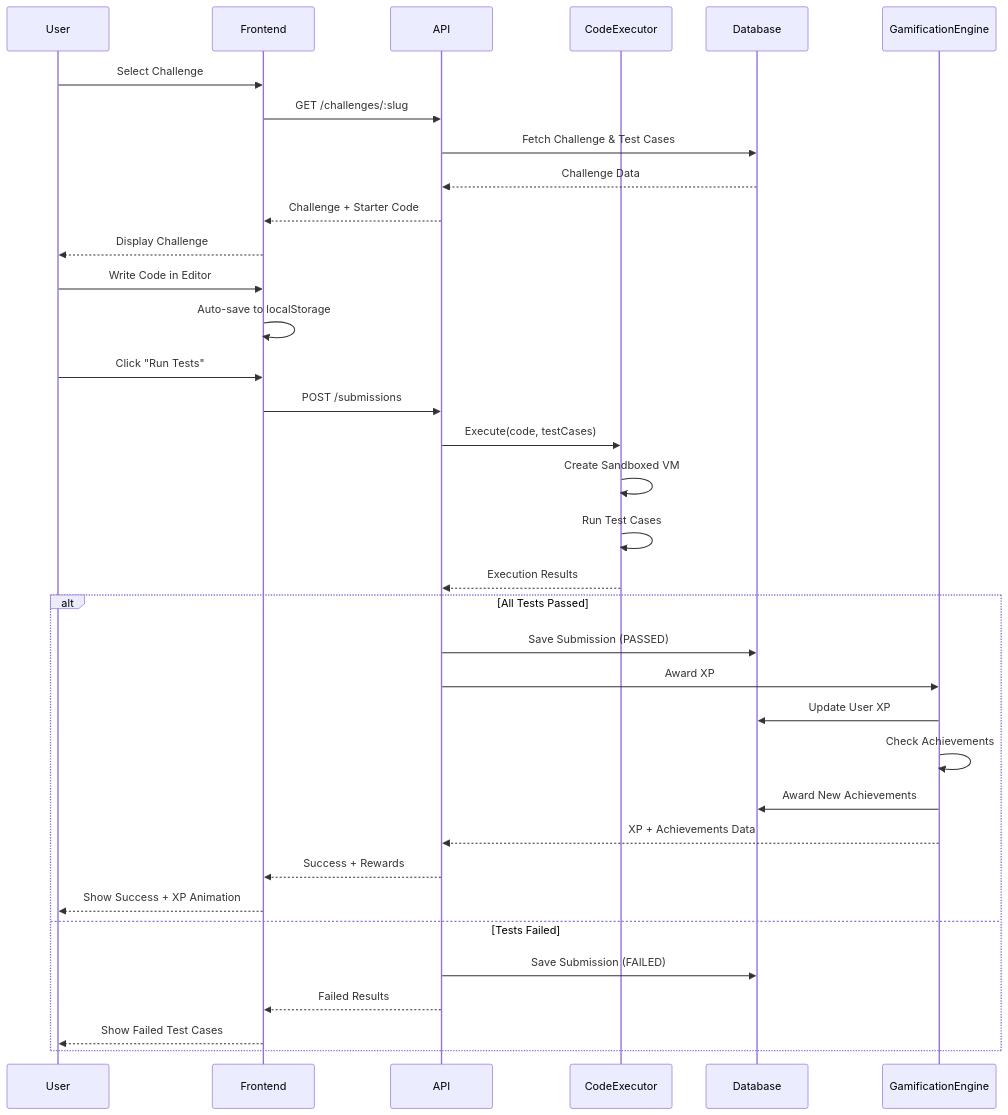
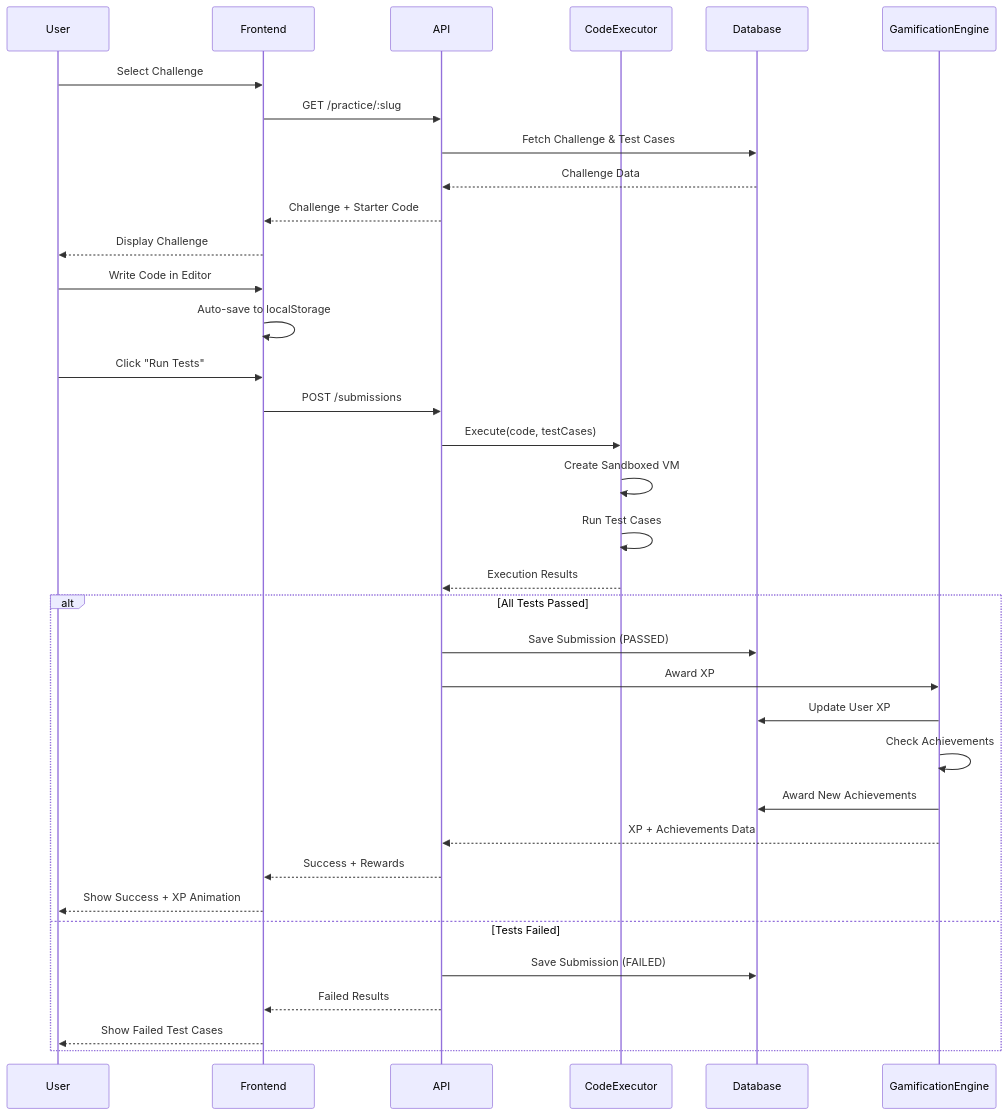
One commit to mihaamiharu/twe changed the second of 12 diagrams in docs/app_flows.md. Above: the diagram before and after it, drawn with Mermaid. The commit also changed 41 other files, not shown here.

````diff
--- a/docs/app_flows.md
+++ b/docs/app_flows.md
@@ -46,42 +46,42 @@
 ```mermaid
 sequenceDiagram
     participant User
     participant Frontend
     participant API
     participant CodeExecutor
     participant Database
     participant GamificationEngine
 
     User->>Frontend: Select Challenge
-    Frontend->>API: GET /challenges/:slug
+    Frontend->>API: GET /practice/:slug
     API->>Database: Fetch Challenge & Test Cases
     Database-->>API: Challenge Data
     API-->>Frontend: Challenge + Starter Code
     Frontend-->>User: Display Challenge
 
     User->>Frontend: Write Code in Editor
     Frontend->>Frontend: Auto-save to localStorage
 
     User->>Frontend: Click "Run Tests"
     Frontend->>API: POST /submissions
     API->>CodeExecutor: Execute(code, testCases)
 
     CodeExecutor->>CodeExecutor: Create Sandboxed VM
     CodeExecutor->>CodeExecutor: Run Test Cases
     CodeExecutor-->>API: Execution Results
 
     alt All Tests Passed
         API->>Database: Save Submission (PASSED)
         API->>GamificationEngine: Award XP
         GamificationEngine->>Database: Update User XP
         GamificationEngine->>GamificationEngine: Check Achievements
         GamificationEngine->>Database: Award New Achievements
         GamificationEngine-->>API: XP + Achievements Data
         API-->>Frontend: Success + Rewards
         Frontend-->>User: Show Success + XP Animation
     else Tests Failed
         API->>Database: Save Submission (FAILED)
         API-->>Frontend: Failed Results
         Frontend-->>User: Show Failed Test Cases
     end
 ```
````
